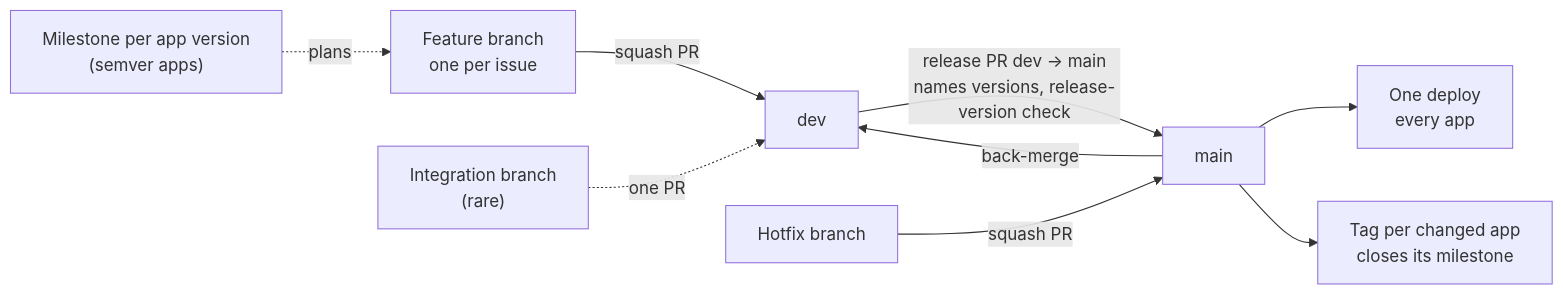
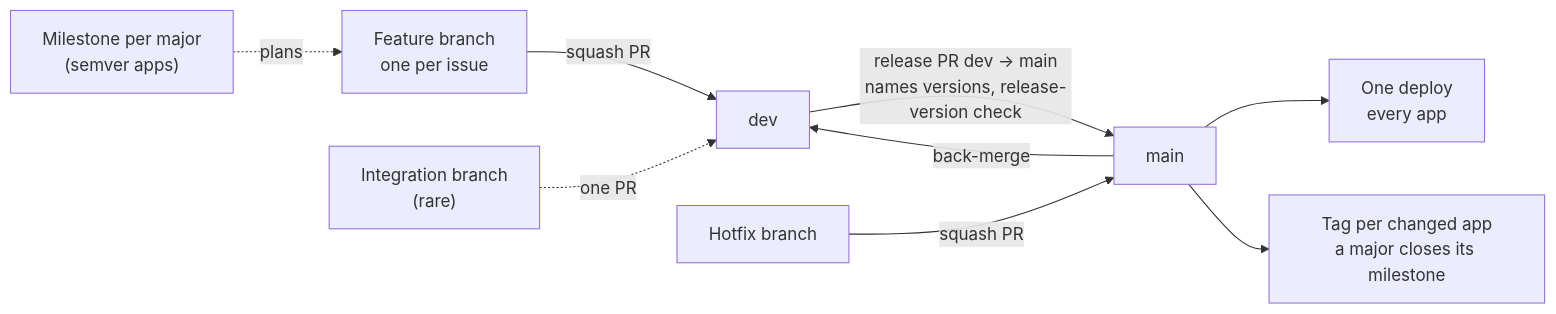
Before and after one commit to vednemesicnik/cz.vednemesicnik: the first of 3 diagrams in docs/_branching-model.md, drawn with Mermaid. The commit also changed other lines of this file and 13 other files, not shown here.

First line of the commit message:
docs: plan only a major version as a milestone and weigh Publikace against the newsroom's move (#1118)

````diff
--- a/docs/_branching-model.md
+++ b/docs/_branching-model.md
@@ -13,11 +13,11 @@
 ```mermaid
 flowchart LR
-  M["Milestone per app version<br/>(semver apps)"] -. plans .-> F
+  M["Milestone per major<br/>(semver apps)"] -. plans .-> F
   F["Feature branch<br/>one per issue"] -->|squash PR| D[dev]
   I["Integration branch<br/>(rare)"] -.->|one PR| D
   D -->|"release PR dev → main<br/>names versions, release-version check"| MA[main]
   MA --> DEP["One deploy<br/>every app"]
-  MA --> T["Tag per changed app<br/>closes its milestone"]
+  MA --> T["Tag per changed app<br/>a major closes its milestone"]
   H["Hotfix branch"] -->|squash PR| MA
   MA -->|back-merge| D
 ```
````
